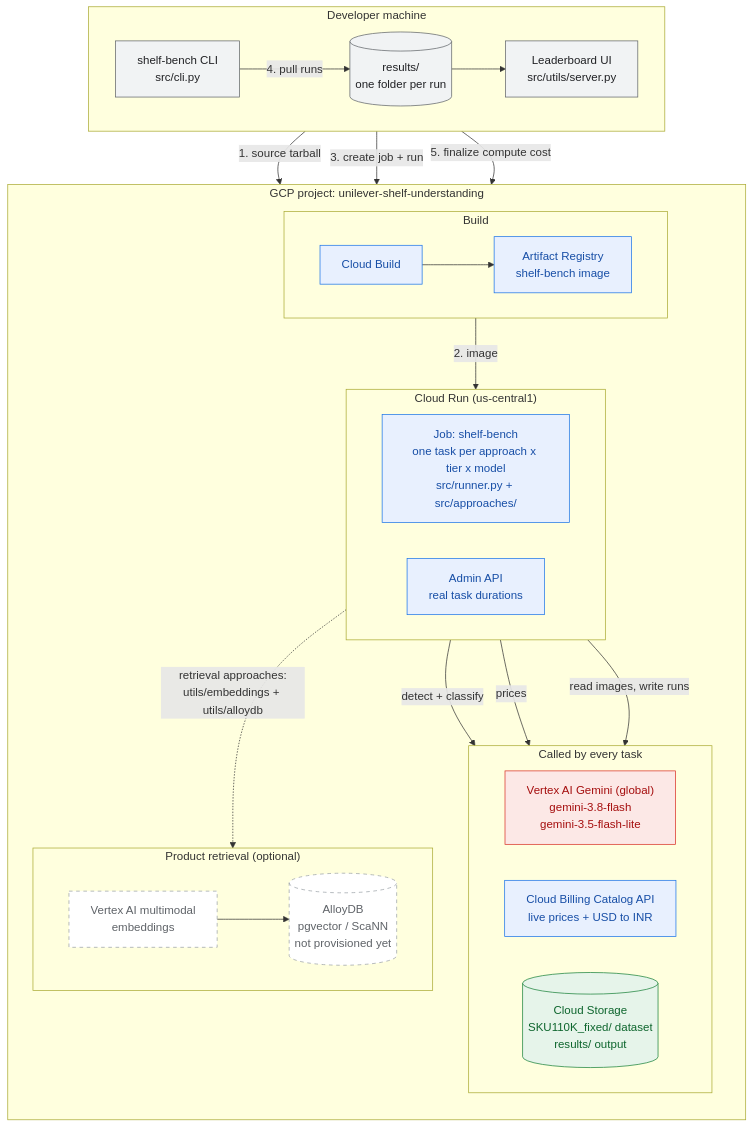
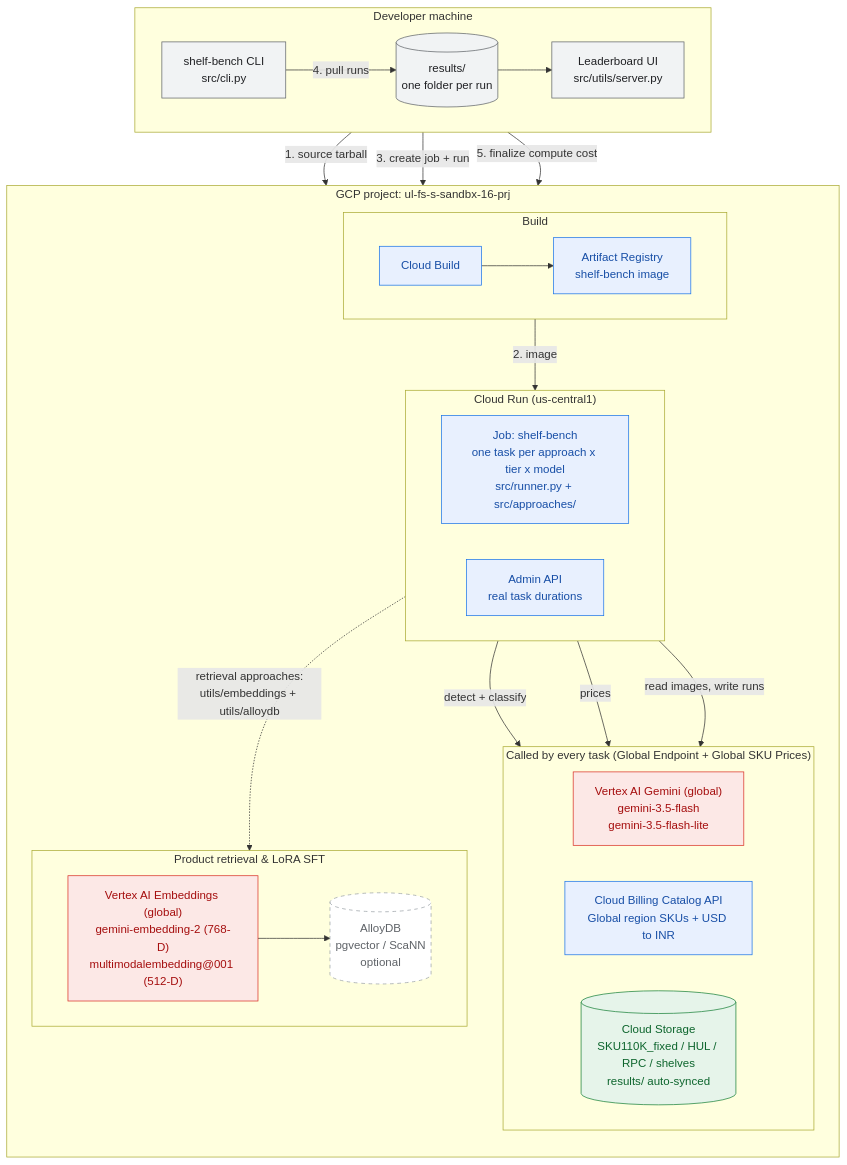
The diagram in docs/diagrams/architecture.mmd (jigyasujuneja/unilever-shelf-understanding-e2e), drawn with Mermaid before and after one commit. The commit also changed 6 other files, not shown here.

Commit message:
docs(reference): document global Vertex AI endpoints, global billing, and LoRA SFT

```diff
--- a/docs/diagrams/architecture.mmd
+++ b/docs/diagrams/architecture.mmd
@@ -1,49 +1,49 @@
 flowchart TB
   classDef local fill:#f1f3f4,stroke:#5f6368,color:#202124
   classDef gcp fill:#e8f0fe,stroke:#1a73e8,color:#174ea6
   classDef ai fill:#fce8e6,stroke:#d93025,color:#a50e0e
   classDef data fill:#e6f4ea,stroke:#188038,color:#0d652d
   classDef future fill:#fff,stroke:#9aa0a6,color:#5f6368,stroke-dasharray: 5 5
 
   subgraph DEV["Developer machine"]
     direction LR
     CLI["shelf-bench CLI<br/>src/cli.py"]:::local
     RES[("results/<br/>one folder per run")]:::local
     UI["Leaderboard UI<br/>src/utils/server.py"]:::local
     CLI -- "4. pull runs" --> RES --> UI
   end
 
-  subgraph GCP["GCP project: unilever-shelf-understanding"]
+  subgraph GCP["GCP project: ul-fs-s-sandbx-16-prj"]
     direction TB
     subgraph BUILD["Build"]
       direction LR
       CB["Cloud Build"]:::gcp --> AR["Artifact Registry<br/>shelf-bench image"]:::gcp
     end
 
     subgraph RUN["Cloud Run (us-central1)"]
       direction LR
       T["Job: shelf-bench<br/>one task per approach x tier x model<br/>src/runner.py + src/approaches/"]:::gcp
       ADMIN["Admin API<br/>real task durations"]:::gcp
     end
 
-    subgraph SERVICES["Called by every task"]
+    subgraph SERVICES["Called by every task (Global Endpoint + Global SKU Prices)"]
       direction LR
-      GEM["Vertex AI Gemini (global)<br/>gemini-3.8-flash<br/>gemini-3.5-flash-lite"]:::ai
-      BILL["Cloud Billing Catalog API<br/>live prices + USD to INR"]:::gcp
-      DS[("Cloud Storage<br/>SKU110K_fixed/ dataset<br/>results/ output")]:::data
+      GEM["Vertex AI Gemini (global)<br/>gemini-3.5-flash<br/>gemini-3.5-flash-lite"]:::ai
+      BILL["Cloud Billing Catalog API<br/>Global region SKUs + USD to INR"]:::gcp
+      DS[("Cloud Storage<br/>SKU110K_fixed / HUL / RPC / shelves<br/>results/ auto-synced")]:::data
     end
 
-    subgraph RET["Product retrieval (optional)"]
+    subgraph RET["Product retrieval & LoRA SFT"]
       direction LR
-      EMB["Vertex AI multimodal<br/>embeddings"]:::future --> ADB[("AlloyDB<br/>pgvector / ScaNN<br/>not provisioned yet")]:::future
+      EMB["Vertex AI Embeddings (global)<br/>gemini-embedding-2 (768-D)<br/>multimodalembedding@001 (512-D)"]:::ai --> ADB[("AlloyDB<br/>pgvector / ScaNN<br/>optional")]:::future
     end
   end
 
   CLI -- "1. source tarball" --> CB
   AR -- "2. image" --> T
   CLI -- "3. create job + run" --> T
   CLI -- "5. finalize compute cost" --> ADMIN
   T -- "detect + classify" --> GEM
   T -- "prices" --> BILL
   T -- "read images, write runs" --> DS
   T -. "retrieval approaches:<br/>utils/embeddings + utils/alloydb" .-> EMB
```
